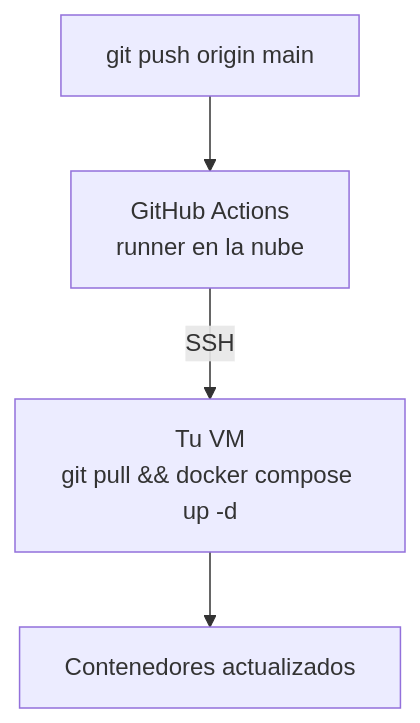
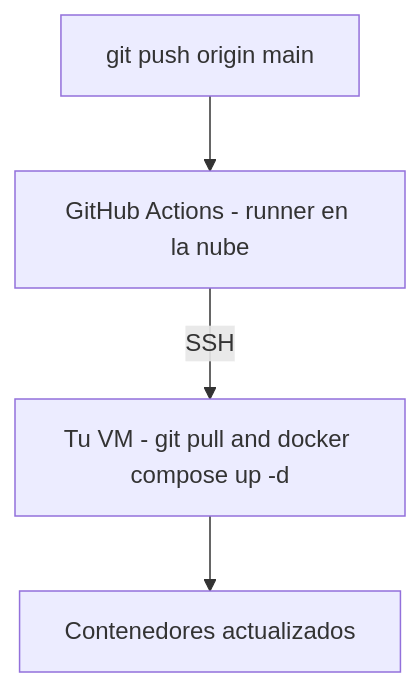
One commit to AngelFelizR/mlflow-tracking-server changed the second of 2 diagrams in README.md. Above: the diagram before and after it, drawn with Mermaid. The commit also changed other lines of this file, not shown here.

````diff
--- a/README.md
+++ b/README.md
@@ -35,6 +35,6 @@
 ```mermaid
 flowchart TD
-    A["git push origin main"] --> B["GitHub Actions<br/>runner en la nube"]
-    B -->|SSH| C["Tu VM<br/>git pull && docker compose up -d"]
+    A["git push origin main"] --> B["GitHub Actions - runner en la nube"]
+    B -->|SSH| C["Tu VM - git pull and docker compose up -d"]
     C --> D["Contenedores actualizados"]
 ```
````
